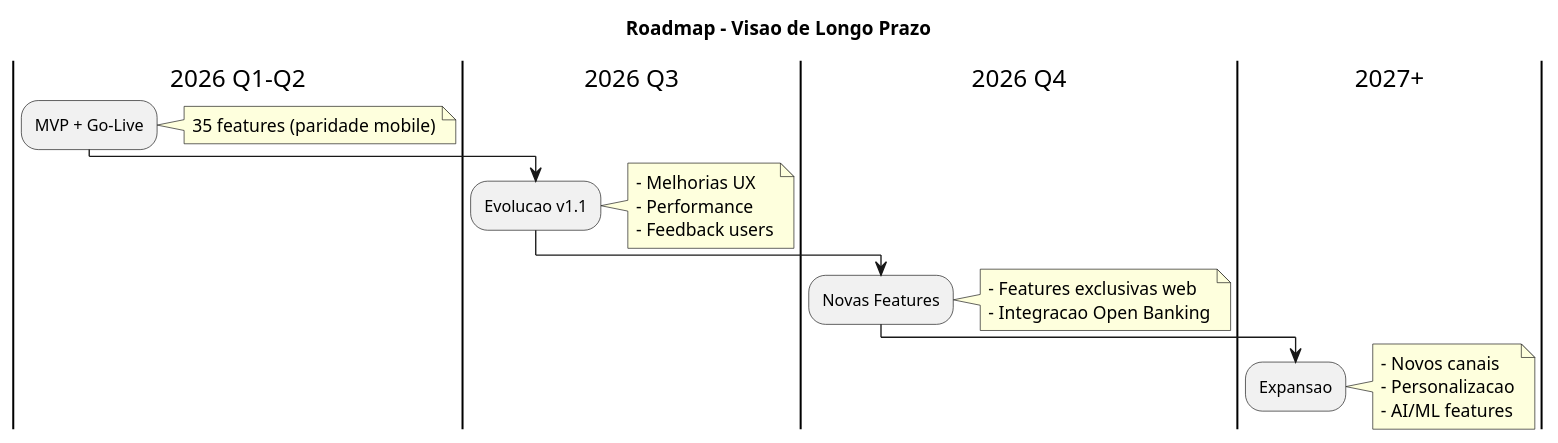
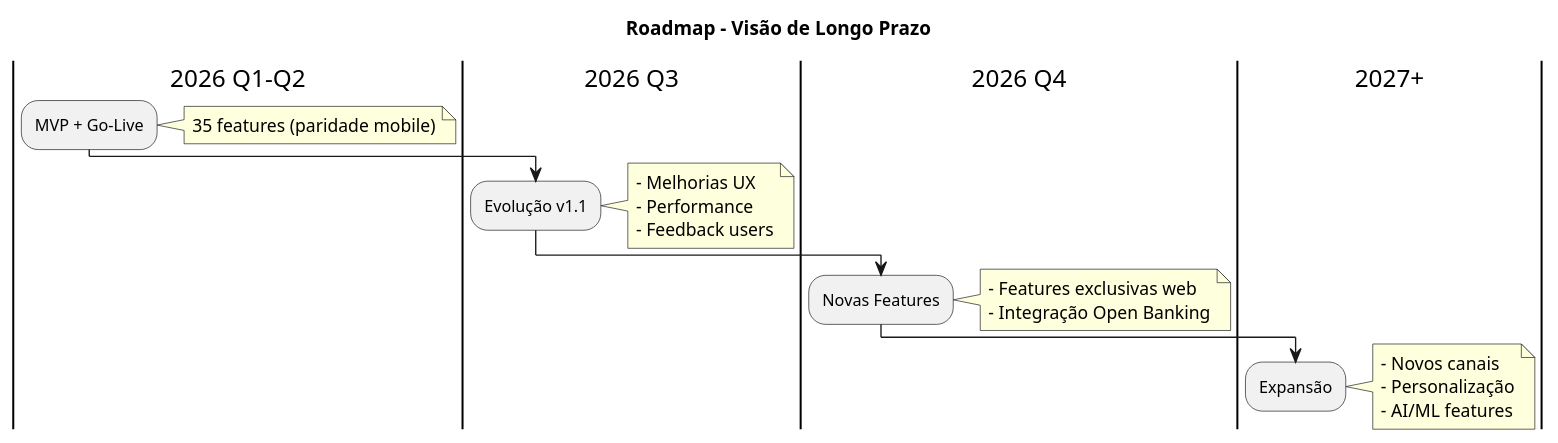
The third of 6 diagrams in current/definitions/DEF-15-governacao-roadmap.md (beduardo/novobanco_website_doc), drawn with PlantUML before and after one commit. The commit also changed other lines of this file and 182 other files, not shown here.

````diff
--- a/current/definitions/DEF-15-governacao-roadmap.md
+++ b/current/definitions/DEF-15-governacao-roadmap.md
@@ -165,35 +165,35 @@
 ```plantuml
 @startuml
 skinparam backgroundColor white
 
-title Roadmap - Visao de Longo Prazo
+title Roadmap - Visão de Longo Prazo
 
 |2026 Q1-Q2|
 :MVP + Go-Live;
 note right: 35 features (paridade mobile)
 
 |2026 Q3|
-:Evolucao v1.1;
+:Evolução v1.1;
 note right
 - Melhorias UX
 - Performance
 - Feedback users
 end note
 
 |2026 Q4|
 :Novas Features;
 note right
 - Features exclusivas web
-- Integracao Open Banking
+- Integração Open Banking
 end note
 
 |2027+|
-:Expansao;
+:Expansão;
 note right
 - Novos canais
-- Personalizacao
+- Personalização
 - AI/ML features
 end note
 
 @enduml
 ```
````
